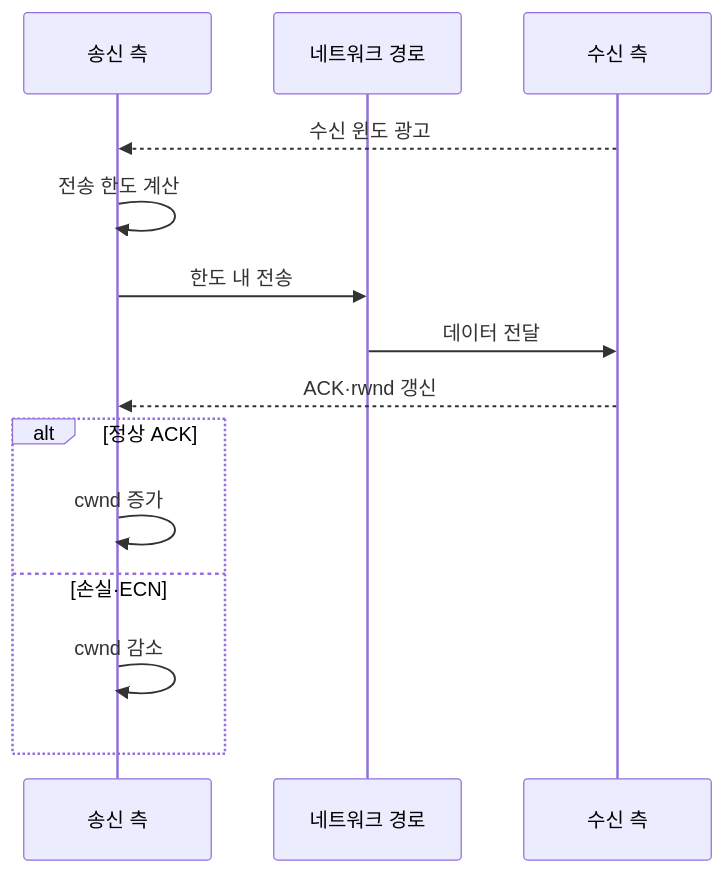
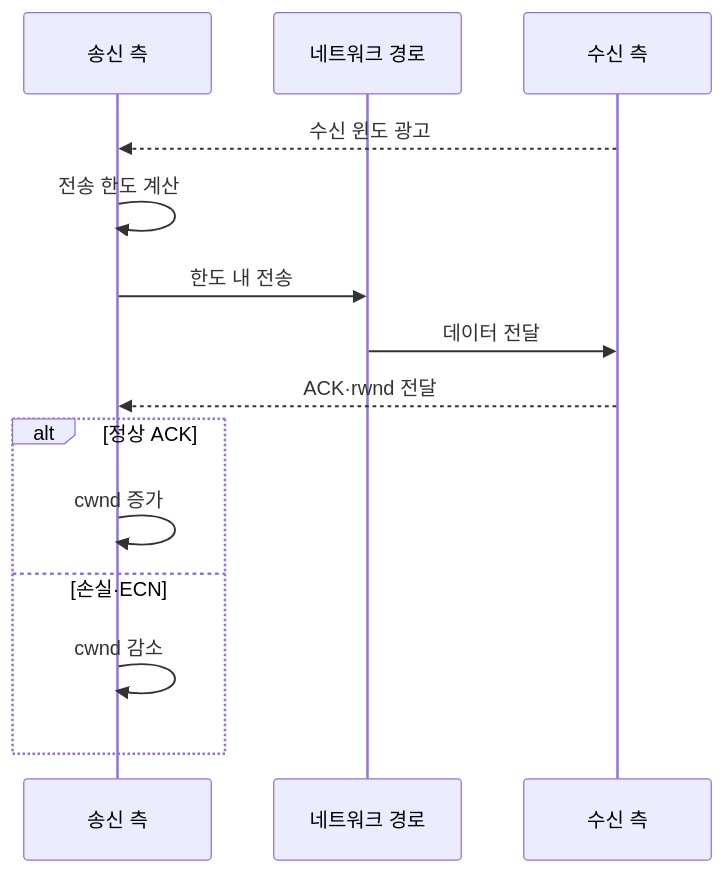
One commit to agnusdei1207/knowledge-base changed the second of 2 diagrams in src/content/docs/notes/04-network/028_flow_control.md. Above: the diagram before and after it, drawn with Mermaid. The commit also changed other lines of this file and 27 other files, not shown here.

````diff
--- a/src/content/docs/notes/04-network/028_flow_control.md
+++ b/src/content/docs/notes/04-network/028_flow_control.md
@@ -88,16 +88,16 @@
 ```mermaid
 sequenceDiagram
     participant S as 송신 측
     participant N as 네트워크 경로
     participant R as 수신 측
     R-->>S: 수신 윈도 광고
     S->>S: 전송 한도 계산
     S->>N: 한도 내 전송
     N->>R: 데이터 전달
-    R-->>S: ACK·rwnd 갱신
+    R-->>S: ACK·rwnd 전달
     alt 정상 ACK
         S->>S: cwnd 증가
     else 손실·ECN
         S->>S: cwnd 감소
     end
 ```
````
